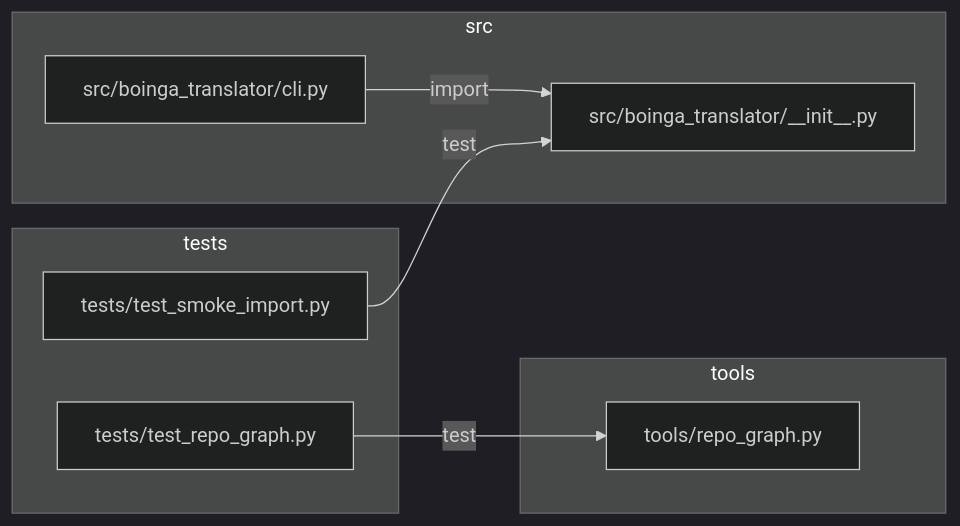
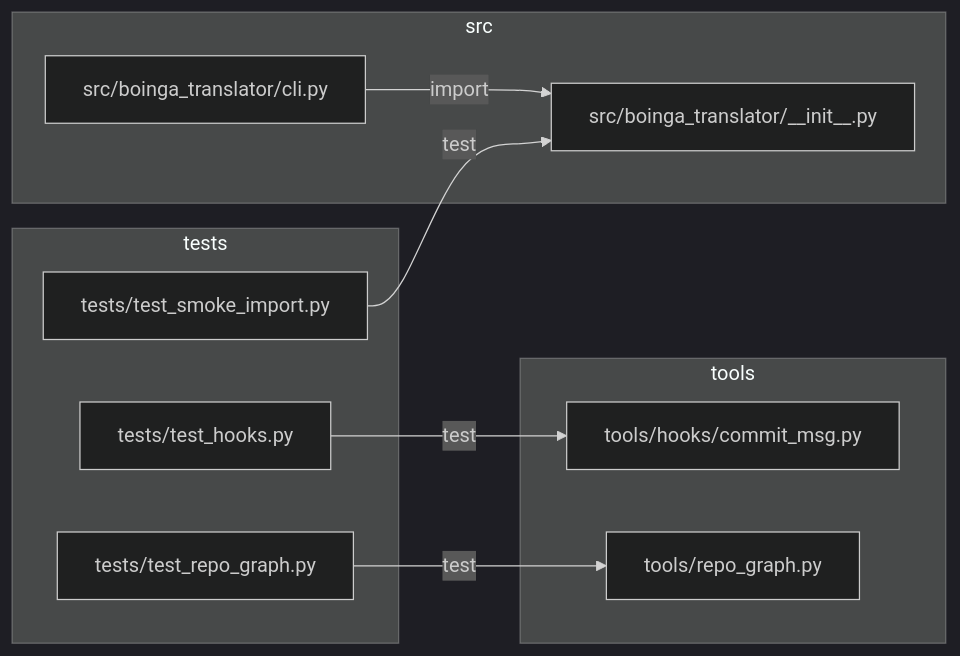
Before and after one commit to asparagusD/boinga-translator: the diagram in docs/REPO_GRAPH.md, drawn with Mermaid (dark theme). The commit also changed other lines of this file and 9 other files, not shown here.

````diff
--- a/docs/REPO_GRAPH.md
+++ b/docs/REPO_GRAPH.md
@@ -42,17 +49,20 @@
 ```mermaid
 graph LR
   subgraph sg_src["src"]
     n_src_boinga_translator___init___py["src/boinga_translator/__init__.py"]
     n_src_boinga_translator_cli_py["src/boinga_translator/cli.py"]
   end
   subgraph sg_tests["tests"]
+    n_tests_test_hooks_py["tests/test_hooks.py"]
     n_tests_test_repo_graph_py["tests/test_repo_graph.py"]
     n_tests_test_smoke_import_py["tests/test_smoke_import.py"]
   end
   subgraph sg_tools["tools"]
+    n_tools_hooks_commit_msg_py["tools/hooks/commit_msg.py"]
     n_tools_repo_graph_py["tools/repo_graph.py"]
   end
   n_src_boinga_translator_cli_py -->|import| n_src_boinga_translator___init___py
+  n_tests_test_hooks_py -->|test| n_tools_hooks_commit_msg_py
   n_tests_test_repo_graph_py -->|test| n_tools_repo_graph_py
   n_tests_test_smoke_import_py -->|test| n_src_boinga_translator___init___py
 ```
````
